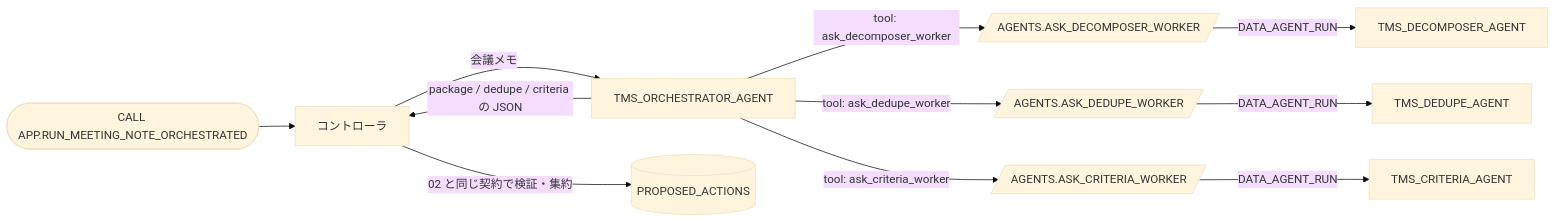
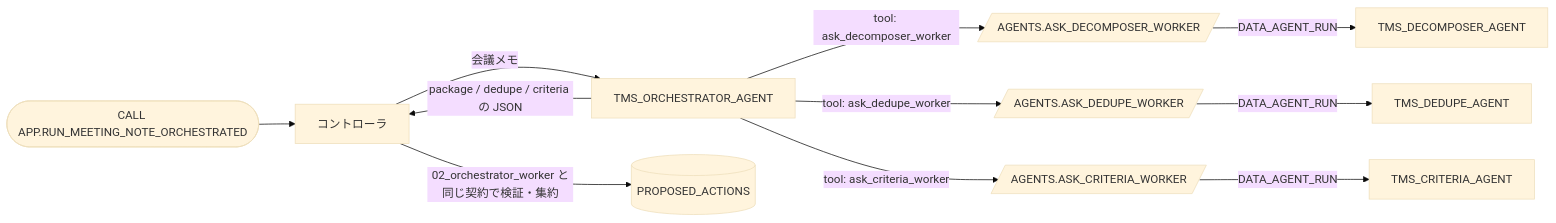
One commit to Snowflake-Labs/sf-samples-jp changed the diagram in handson/multi-agent-patterns/03_agent_as_tool/README.md. Above: the diagram before and after it, drawn with Mermaid (base theme). The commit also changed other lines of this file and 106 other files, not shown here.

````diff
--- a/handson/multi-agent-patterns/03_agent_as_tool/README.md
+++ b/handson/multi-agent-patterns/03_agent_as_tool/README.md
@@ -15,13 +17,13 @@
 ```mermaid
 flowchart LR
     U([CALL APP.RUN_MEETING_NOTE_ORCHESTRATED]) --> C[コントローラ]
     C -->|会議メモ| O[TMS_ORCHESTRATOR_AGENT]
     O -->|tool: ask_decomposer_worker| P1[/AGENTS.ASK_DECOMPOSER_WORKER/]
     O -->|tool: ask_dedupe_worker| P2[/AGENTS.ASK_DEDUPE_WORKER/]
     O -->|tool: ask_criteria_worker| P3[/AGENTS.ASK_CRITERIA_WORKER/]
     P1 -->|DATA_AGENT_RUN| D[TMS_DECOMPOSER_AGENT]
     P2 -->|DATA_AGENT_RUN| DD[TMS_DEDUPE_AGENT]
     P3 -->|DATA_AGENT_RUN| CR[TMS_CRITERIA_AGENT]
     O -->|package / dedupe / criteria の JSON| C
-    C -->|02 と同じ契約で検証・集約| PA[(PROPOSED_ACTIONS)]
+    C -->|02_orchestrator_worker と同じ契約で検証・集約| PA[(PROPOSED_ACTIONS)]
 ```
````
